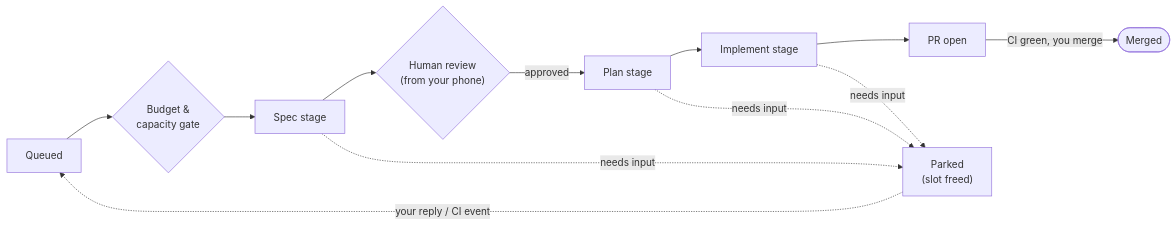
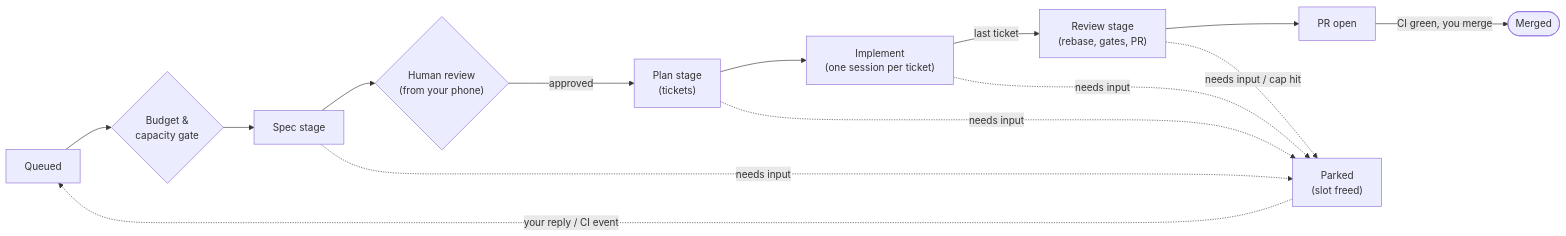
The second of 2 diagrams in README.md (jesdi/agent-ops), drawn with Mermaid before and after one commit. The commit also changed other lines of this file and 3 other files, not shown here.

Commit message:
docs: tickets, review stage, gates and loop caps in the shared vocabulary

````diff
--- a/README.md
+++ b/README.md
@@ -75,15 +75,17 @@
 ```mermaid
 flowchart LR
     queued["Queued"] --> gate{"Budget &<br/>capacity gate"}
     gate --> spec["Spec stage"]
     spec --> review{"Human review<br/>(from your phone)"}
-    review -- approved --> plan["Plan stage"]
-    plan --> implement["Implement stage"]
-    implement --> pr["PR open"]
+    review -- approved --> plan["Plan stage<br/>(tickets)"]
+    plan --> implement["Implement<br/>(one session per ticket)"]
+    implement -- last ticket --> codereview["Review stage<br/>(rebase, gates, PR)"]
+    codereview --> pr["PR open"]
     pr -- "CI green, you merge" --> done(["Merged"])
 
     spec -. "needs input" .-> parked["Parked<br/>(slot freed)"]
     plan -. "needs input" .-> parked
     implement -. "needs input" .-> parked
+    codereview -. "needs input / cap hit" .-> parked
     parked -. "your reply / CI event" .-> queued
 ```
````
